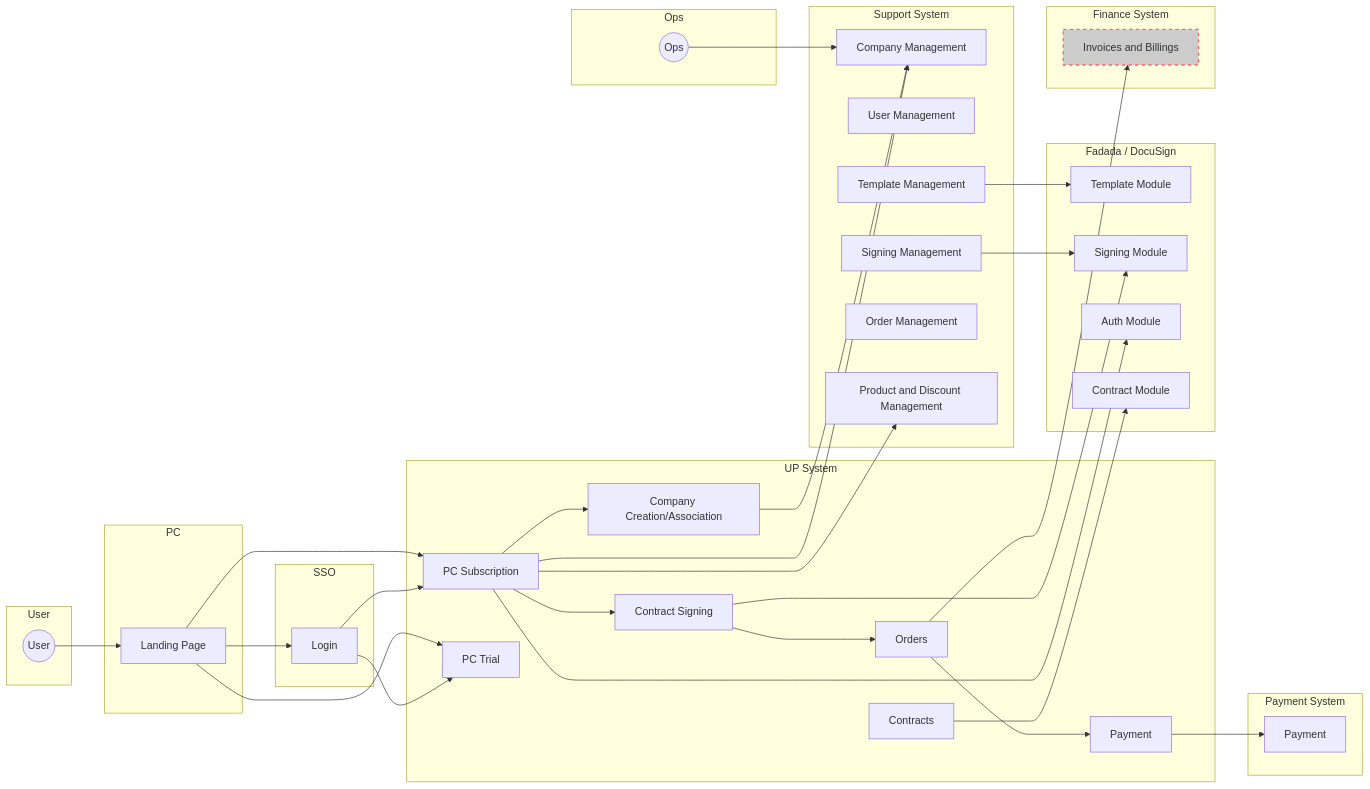
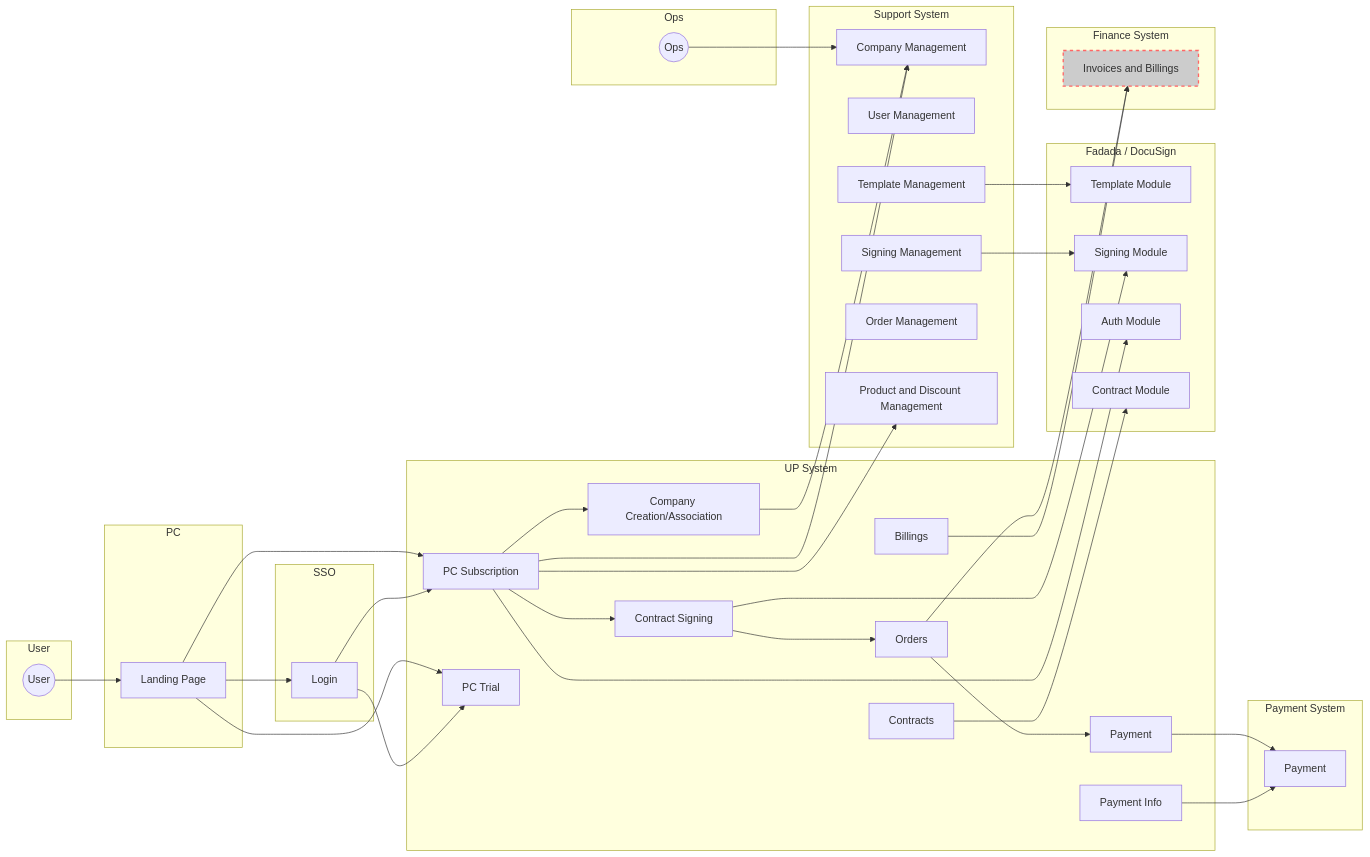
Before and after one commit to leonwgc/ant-admin-template: the diagram in arc.mmd, drawn with Mermaid.

Commit message:
chore: add payment and billings

```diff
--- a/arc.mmd
+++ b/arc.mmd
@@ -1,64 +1,68 @@
 graph LR;
     subgraph User
         U((User))
     end
     subgraph PC
         A0[Landing Page]
     end
     subgraph SSO
         B1[Login]
     end
     subgraph UP System
         C0[Company Creation/Association]
         C1[PC Subscription]
         C2[PC Trial]
         C3[Contract Signing]
         C4[Orders]
         C5[Payment]
         C6[Contracts]
+        C7[Billings]
+        C8[Payment Info]
     end
     subgraph Fadada / DocuSign
        D0[Template Module]
        D1[Signing Module]
        D2[Auth Module]
        D3[Contract Module]
     end
     subgraph Ops
      O((Ops))
     end
     subgraph Support System
         E0[Company Management]
         E1[User Management]
         E2[Template Management]
         E3[Signing Management]
         E4[Order Management]
         E5[Product and Discount Management]
     end
     subgraph Payment System
      F0[Payment]
     end
     subgraph Finance System
      style G0 fill:#ccc,stroke:#f66,stroke-width:2px,stroke-dasharray: 5 5;
      G0[Invoices and Billings]
     end
     C1 --> C0;
     C0 --> E0;
     E3 --> D1;
     E2 --> D0;
     A0 --> C1;
     A0 --> C2;
     A0 --> B1;
     B1 --> C1;
     B1 --> C2;
     C1 --> D2;
     C1 --> C3;
     C3 --> C4;
     C4 --> C5;
     C3 --> D1;
     C5 --> F0;
     C1 --> E0;
     U --> A0;
     O --> E0;
     C1--> E5;
     C4--> G0;
     C6--> D3;
+    C7--> G0;
+    C8--> F0;
```
